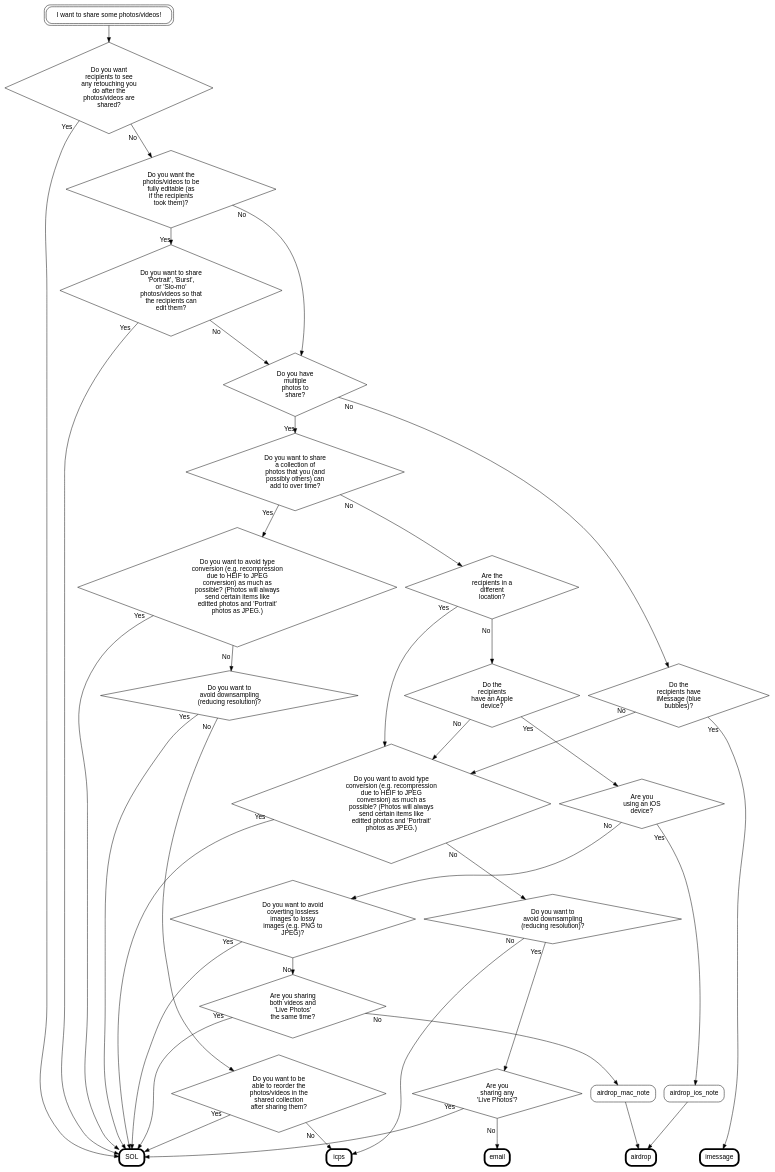
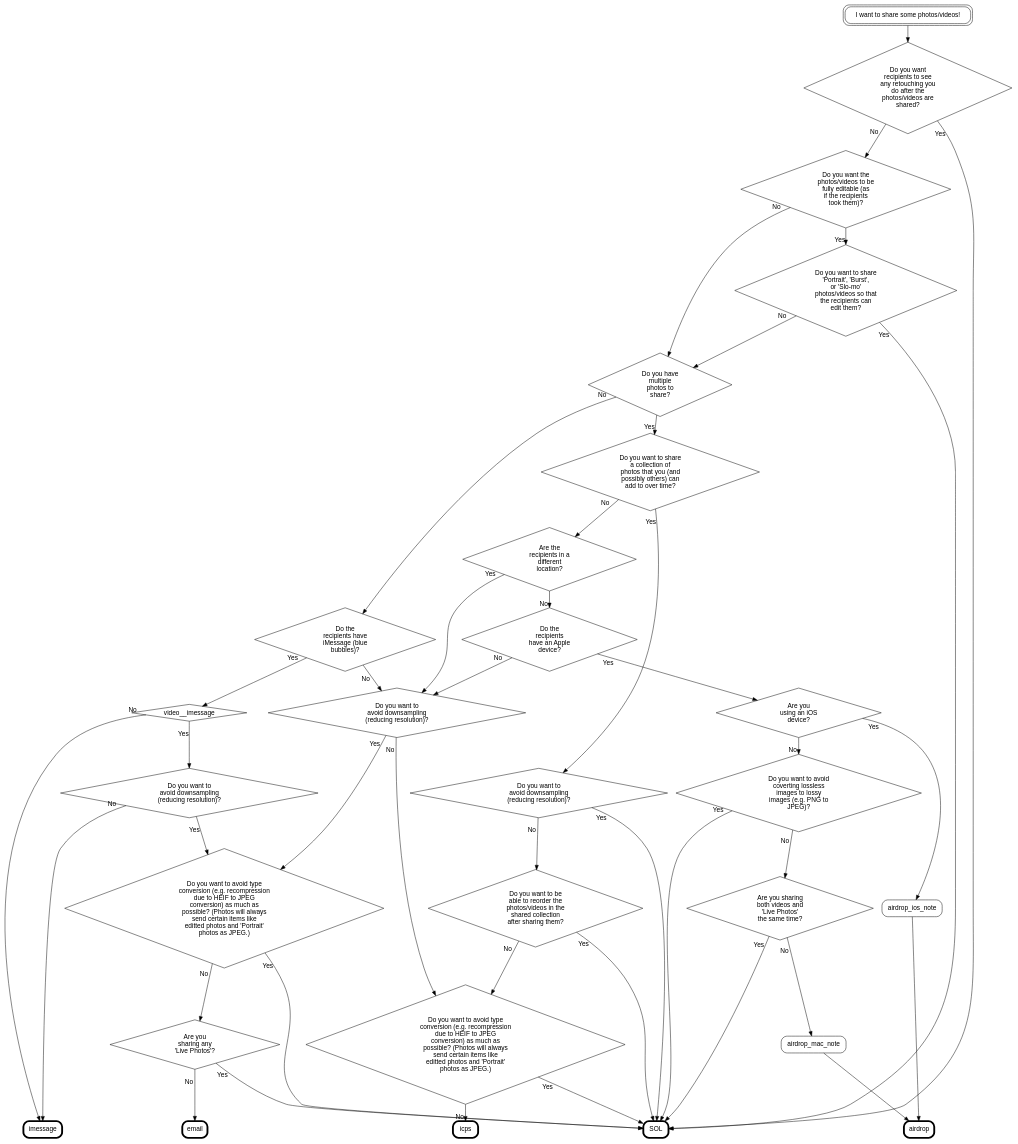
One commit to werkjohann/how-to-share-photos changed the diagram in src/apple_photos.dot. Above: the diagram before and after it, drawn with Graphviz. The commit also changed 2 other files, not shown here.

Commit message:
more test results, and reorg

```diff
--- a/src/apple_photos.dot
+++ b/src/apple_photos.dot
@@ -49,21 +49,27 @@
 			If you AirDrop to a Mac be sure the recipient chooses to ___ - which is not the default option - otherwise Live Photos, ____ will not send correctly.
 			(If you try to AirDrop to your own Mac the photos are automatically sent to the Finder, so Live Photos, ____ will never send correctly.)"];
 			todo: test airdrop to own iPhone? (from mac?)
+			todo: test airdop from-mac+dnd
 		email [label="Send via Email
+			todo: check all type imports
 			w/ maildrop, w/ actual size
 			from-mac: png->jpeg, video downres, heif -> JPEG,
 			from-mac: dnd: no video downres, no png->jpeg, DOES heif -> JPEG,
 			from-ios: no video downres, no png->jpeg, DOES heif -> JPEG,
 			note about actual size, JPEG conversion, lossy special types"];
 		imessage [label="Send via iMessage
-			todo: test more scaled down video
-			ios-to-ios: does lossy to lossy, does png to jpeg. slo mo, selfie, and screenshot tagging lost
+			ios-to-ios:
+				- does lossy to lossy
+				- does png to jpeg.
+				- slo mo, selfie, and screenshot tagging lost
 				- scaled down video
-			mac-to-ios: can't choose >1 video
+			mac-to-ios:
+				- can't choose >1 video
 				- same as ios-to-ios
 				- scaled down video
 			mac-to-ios: dnd: crashed Photos the first time. second time I had all the images in the message, but it only sent some of them (the others were left in the text feild)
-				- lost types:  screnshot, slomo, selfie, live. png->jpeg, heif->jpg
+				- same as ios-to-ios
+				- added lost types:  live.
 				- scaled down video
 			make sure not to MMS???"];
 		icps [label="Send via iCloud Photo Sharing
@@ -111,8 +117,8 @@
 			send certain items like
 			editted photos and 'Portrait'
 			photos as JPEG.)"]; # todo: note on how to set such up, less quality, larger size. should test editted video
-		avoid_convert_type_lossy_to_lossy__collection;
-		avoid_convert_type_lossy_to_lossy;
+		avoid_convert_type_lossy_to_lossy__icps;
+		avoid_convert_type_lossy_to_lossy__email;
 	}
 	reordering [label="Do you want to be
 		able to reorder the
@@ -124,7 +130,8 @@
 			avoid downsampling
 			(reducing resolution)?"];
 		avoid_downres__collection;
-		avoid_downres;
+		avoid_downres__email_or_icps;
+		avoid_downres__video__imessage;
 	}
 	have_apple__imessage [label="Do the
 		recipients have
@@ -138,7 +145,7 @@
 		recipients
 		have an Apple
 		device?"];
-	have_live_photo_etc__avoid_downres [label="Are you
+	have_live_photo_etc__email [label="Are you
 		sharing any
 		'Live Photos'?"];
 	airdrop__from_ios [label="Are you
@@ -151,8 +158,8 @@
 			images to lossy
 			images (e.g. PNG to
 			JPEG)?"];
-		avoid_convert_type_lossy_to_lossy__airdrop_mac;
-		avoid_convert_type_lossy_to_lossy__airdrop_mac;
+		avoid_convert_type_lossless_to_lossy__airdrop_mac;
+		//avoid_convert_type_lossless_to_lossy__imessage;
 	}
 	airdrop_mac_mixed [label="Are you sharing
 		both videos and
@@ -175,49 +182,58 @@
 	multiple_photos -> want_collection [taillabel="Yes"];
 
 	want_collection -> far_away [taillabel="No"];
-	want_collection -> avoid_convert_type_lossy_to_lossy__collection [taillabel="Yes"];
-
-	avoid_convert_type_lossy_to_lossy__collection -> avoid_downres__collection [taillabel="No"];
-	avoid_convert_type_lossy_to_lossy__collection -> SOL [taillabel="Yes"];
+	want_collection -> avoid_downres__collection [taillabel="Yes"];
 
 	avoid_downres__collection -> reordering [taillabel="No"];
 	avoid_downres__collection -> SOL [taillabel="Yes"];
 
-	reordering -> icps [taillabel="No"];
+	reordering -> avoid_convert_type_lossy_to_lossy__icps [taillabel="No"];
 	reordering -> SOL [taillabel="Yes"];
 
-	have_apple__imessage -> avoid_convert_type_lossy_to_lossy [taillabel="No"];
-	have_apple__imessage -> imessage [taillabel="Yes"];
+	have_apple__imessage -> avoid_downres__email_or_icps [taillabel="No"];
+	have_apple__imessage -> video__imessage [taillabel="Yes"];
+
+	video__imessage -> avoid_downres__video__imessage [taillabel="Yes"];
+	video__imessage -> imessage [taillabel="No"];
+
+	avoid_downres__video__imessage -> avoid_convert_type_lossy_to_lossy__email [taillabel="Yes"];
+	avoid_downres__video__imessage -> imessage [taillabel="No"];
 
 	far_away -> have_apple__airdrop [taillabel="No"];
-	far_away -> avoid_convert_type_lossy_to_lossy [taillabel="Yes"];
+	far_away -> avoid_downres__email_or_icps [taillabel="Yes"];
 
-	have_apple__airdrop -> avoid_convert_type_lossy_to_lossy [taillabel="No"];
+	have_apple__airdrop -> avoid_downres__email_or_icps [taillabel="No"];
 	have_apple__airdrop -> airdrop__from_ios [taillabel="Yes"];
 
-	airdrop__from_ios -> avoid_convert_type_lossy_to_lossy__airdrop_mac [taillabel="No"];
+	airdrop__from_ios -> avoid_convert_type_lossless_to_lossy__airdrop_mac [taillabel="No"];
 	airdrop__from_ios -> airdrop_ios_note [taillabel="Yes"];
 
 	airdrop_ios_note -> airdrop;
 
-	avoid_convert_type_lossy_to_lossy__airdrop_mac -> airdrop_mac_mixed [taillabel="No"];
-	avoid_convert_type_lossy_to_lossy__airdrop_mac -> SOL [taillabel="Yes"];
+	avoid_convert_type_lossless_to_lossy__airdrop_mac -> airdrop_mac_mixed [taillabel="No"];
+	avoid_convert_type_lossless_to_lossy__airdrop_mac -> SOL [taillabel="Yes"];
 
 	airdrop_mac_mixed -> airdrop_mac_note [taillabel="No"];
 	airdrop_mac_mixed -> SOL [taillabel="Yes"];
 
 	airdrop_mac_note -> airdrop;
 
-	avoid_convert_type_lossy_to_lossy -> avoid_downres [taillabel="No"];
-	avoid_convert_type_lossy_to_lossy -> SOL [taillabel="Yes"];
+	/* avoid_convert_type_lossy_to_lossy -> avoid_downres__email [taillabel="No"];
+	avoid_convert_type_lossy_to_lossy -> SOL [taillabel="Yes"]; */
 
-	avoid_downres -> icps [taillabel="No"];
-	avoid_downres -> have_live_photo_etc__avoid_downres [taillabel="Yes"];
+	avoid_downres__email_or_icps -> avoid_convert_type_lossy_to_lossy__icps [taillabel="No"];
+	avoid_downres__email_or_icps -> avoid_convert_type_lossy_to_lossy__email [taillabel="Yes"];
 
-	have_live_photo_etc__avoid_downres -> email [taillabel="No"]; // todo: add recipient device check
-	have_live_photo_etc__avoid_downres -> SOL [taillabel="Yes"];
+	avoid_convert_type_lossy_to_lossy__icps -> icps [taillabel="No"];
+	avoid_convert_type_lossy_to_lossy__icps -> SOL [taillabel="Yes"];
 
-	{
+	avoid_convert_type_lossy_to_lossy__email -> have_live_photo_etc__email [taillabel="No"];
+	avoid_convert_type_lossy_to_lossy__email -> SOL [taillabel="Yes"];
+
+	have_live_photo_etc__email -> email [taillabel="No"]; // todo: add recipient device check
+	have_live_photo_etc__email -> SOL [taillabel="Yes"];
+
+	/* {
 		rank=same;
 		airdrop_ios_note;
 		airdrop_mac_note;
@@ -241,15 +257,16 @@
 		avoid_convert_type_lossy_to_lossy;
 	} */
 
+	/*
 	{
 		rank=same;
-		avoid_convert_type_lossy_to_lossy__airdrop_mac;
-		avoid_downres; //far_away;
+		avoid_convert_type_lossless_to_lossy__airdrop_mac;
+		avoid_downres__email_or_icps; //far_away;
 	}
 
 	{
 		SOL -> icps -> email -> airdrop -> imessage [ style=invis ];
-	}
+	} */
 
 	/* {
 		rank = same;
@@ -259,7 +276,7 @@
 
 	{
 		rank = same;
-		have_live_photo_etc__avoid_downres -> icps [ style=invis ];
+		have_live_photo_etc__email -> icps [ style=invis ];
 		rankdir = LR;
 	} */
 
```
